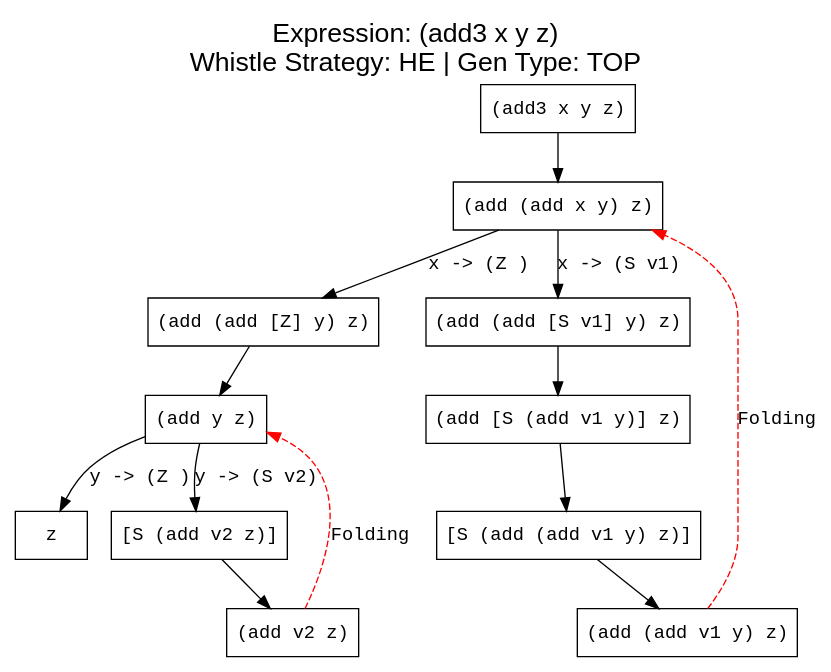
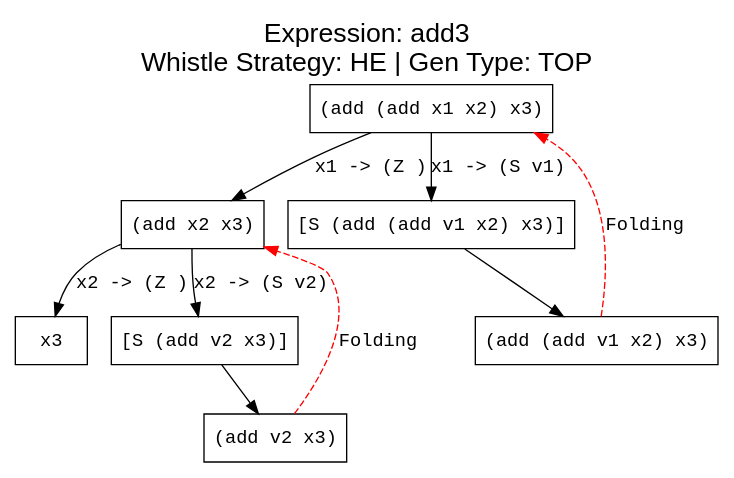
The diagram in output/test3_add3/he.dot (makezh/coursework_supercompiler), drawn with Graphviz before and after one commit. The commit also changed 38 other files, not shown here.

```diff
--- a/output/test3_add3/he.dot
+++ b/output/test3_add3/he.dot
@@ -1,32 +1,24 @@
 digraph ProcessTree {
-  label="Expression: (add3 x y z)\nWhistle Strategy: HE | Gen Type: TOP";
+  label="Expression: add3\nWhistle Strategy: HE | Gen Type: TOP";
   labelloc="t";
   fontsize=20;
   fontname="Arial";
 
     node [fontname="Courier New"];
     edge [fontname="Courier New"];
-    n0 [label="(add3 x y z)", shape=box];
-    n0 -> n1 [label=""];
-    n1 [label="(add (add x y) z)", shape=box];
-    n1 -> n2 [label="x -> (Z )"];
-    n1 -> n3 [label="x -> (S v1)"];
-    n2 [label="(add (add [Z] y) z)", shape=box];
-    n2 -> n4 [label=""];
-    n3 [label="(add (add [S v1] y) z)", shape=box];
-    n3 -> n5 [label=""];
-    n4 [label="(add y z)", shape=box];
-    n4 -> n6 [label="y -> (Z )"];
-    n4 -> n7 [label="y -> (S v2)"];
-    n5 [label="(add [S (add v1 y)] z)", shape=box];
-    n5 -> n8 [label=""];
-    n6 [label="z", shape=box];
-    n7 [label="[S (add v2 z)]", shape=box];
-    n7 -> n9 [label=""];
-    n8 [label="[S (add (add v1 y) z)]", shape=box];
-    n8 -> n10 [label=""];
-    n9 [label="(add v2 z)", shape=box];
-    n9 -> n4 [style=dashed, color=red, label="Folding"];
-    n10 [label="(add (add v1 y) z)", shape=box];
-    n10 -> n1 [style=dashed, color=red, label="Folding"];
+    n0 [label="(add (add x1 x2) x3)", shape=box];
+    n0 -> n1 [label="x1 -> (Z )"];
+    n0 -> n2 [label="x1 -> (S v1)"];
+    n1 [label="(add x2 x3)", shape=box];
+    n1 -> n3 [label="x2 -> (Z )"];
+    n1 -> n4 [label="x2 -> (S v2)"];
+    n2 [label="[S (add (add v1 x2) x3)]", shape=box];
+    n2 -> n5 [label=""];
+    n3 [label="x3", shape=box];
+    n4 [label="[S (add v2 x3)]", shape=box];
+    n4 -> n6 [label=""];
+    n5 [label="(add (add v1 x2) x3)", shape=box];
+    n5 -> n0 [style=dashed, color=red, label="Folding"];
+    n6 [label="(add v2 x3)", shape=box];
+    n6 -> n1 [style=dashed, color=red, label="Folding"];
 }
```
